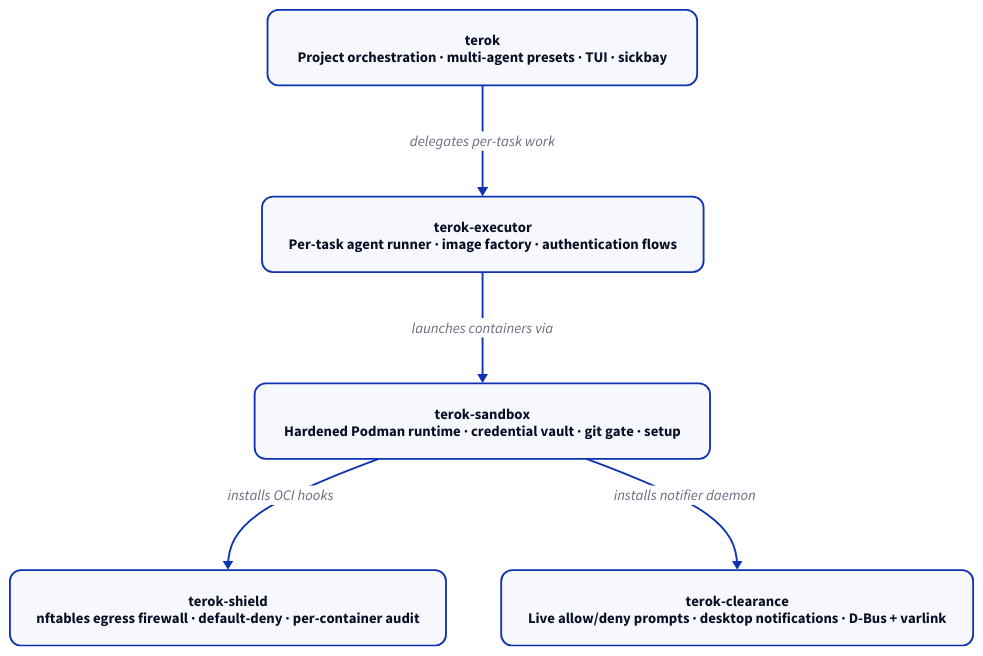
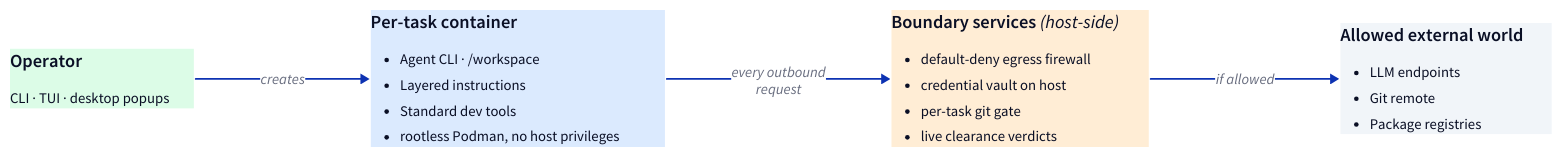
Before and after one commit to terok-ops/terok: the diagram in docs/img/architecture.d2, drawn with D2. The commit also changed 2 other files, not shown here.

Commit message:
docs: redesign architecture diagram around user-facing layers
Replace the package-stack diagram with a horizontal flow that
expresses the *layers a reader actually cares about* — operator,
container interior, boundary services, allowed external world —
rather than mirroring the five-package code split.  Each layer is
colour-coded and the container box now shows what runs inside it
(agent CLI, /workspace, instructions, dev tools), which was the
piece missing from the previous version.

The diagram is markedly more compact (≈1700×185 px vs the previous
≈1060×725) so it sits above READMEs and slide content without
dominating the page.  Source remains transparent SVG with
prefers-color-scheme dark theme support.

Also extend REUSE.toml to cover \*.svg and \*.d2 so `reuse lint`
keeps passing on the diagram source + render.

```diff
--- a/docs/img/architecture.d2
+++ b/docs/img/architecture.d2
@@ -1,36 +1,76 @@
 vars: {
   d2-config: {
     pad: 16
   }
 }
 
 # Transparent root so the SVG inherits the host page's
 # light/dark background; theme-aware fills handle the rest.
 style.fill: transparent
 
-direction: down
+direction: right
 
-terok: "terok\nProject orchestration · multi-agent presets · TUI · sickbay" {
-  style.border-radius: 12
+operator: |md
+  ### Operator
+  CLI · TUI ·
+  desktop popups
+| {
+  width: 200
+  style: {
+    fill: "#dcfce7"
+    stroke: "#15803d"
+    stroke-width: 2
+    border-radius: 14
+  }
 }
 
-executor: "terok-executor\nPer-task agent runner · image factory · authentication flows" {
-  style.border-radius: 12
+container: |md
+  ### Per-task container
+  - Agent CLI · /workspace
+  - Layered instructions
+  - Standard dev tools
+  - rootless Podman, no host privileges
+| {
+  width: 320
+  style: {
+    fill: "#dbeafe"
+    stroke: "#1d4ed8"
+    stroke-width: 2
+    border-radius: 14
+  }
 }
 
-sandbox: "terok-sandbox\nHardened Podman runtime · credential vault · git gate · setup" {
-  style.border-radius: 12
+boundary: |md
+  ### Boundary services *(host-side)*
+  - default-deny egress firewall
+  - credential vault on host
+  - per-task git gate
+  - live clearance verdicts
+| {
+  width: 280
+  style: {
+    fill: "#ffedd5"
+    stroke: "#c2410c"
+    stroke-width: 2
+    border-radius: 14
+  }
 }
 
-shield: "terok-shield\nnftables egress firewall · default-deny · per-container audit" {
-  style.border-radius: 12
+world: |md
+  ### Allowed external world
+  - LLM endpoints
+  - Git remote
+  - Package registries
+| {
+  width: 230
+  style: {
+    fill: "#f1f5f9"
+    stroke: "#475569"
+    stroke-width: 2
+    border-radius: 14
+  }
 }
 
-clearance: "terok-clearance\nLive allow/deny prompts · desktop notifications · D-Bus + varlink" {
-  style.border-radius: 12
-}
-
-terok -> executor: "delegates per-task work"
-executor -> sandbox: "launches containers via"
-sandbox -> shield: "installs OCI hooks"
-sandbox -> clearance: "installs notifier daemon"
+operator -> container: "creates"
+container -> boundary: "every outbound\nrequest"
+boundary -> world: "if allowed"
```
